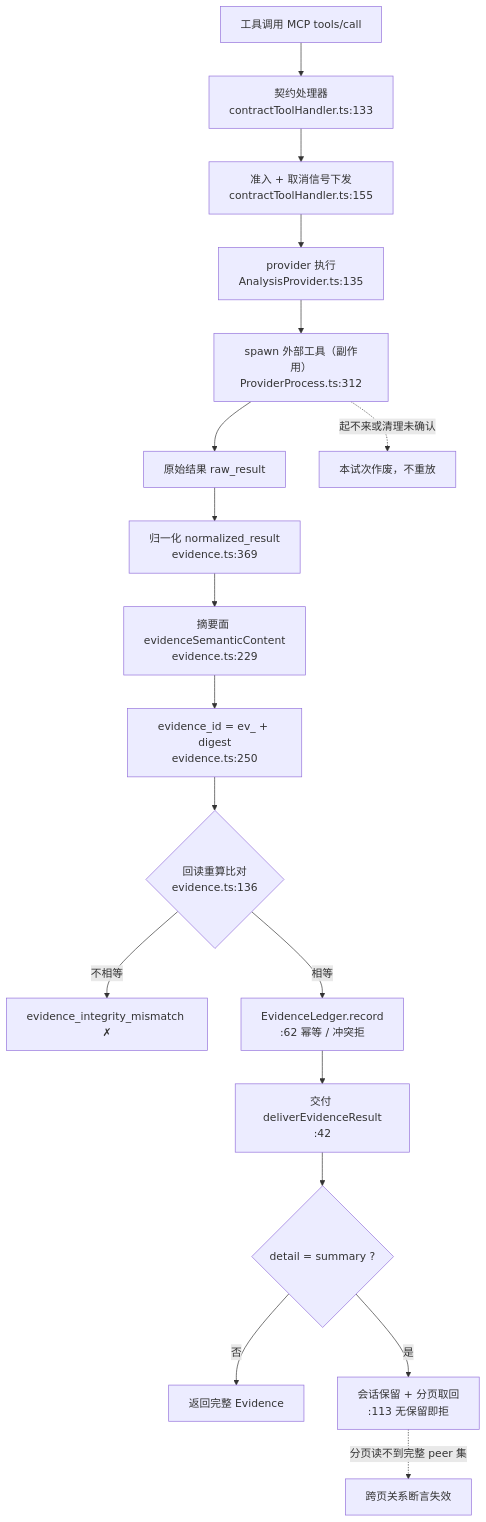
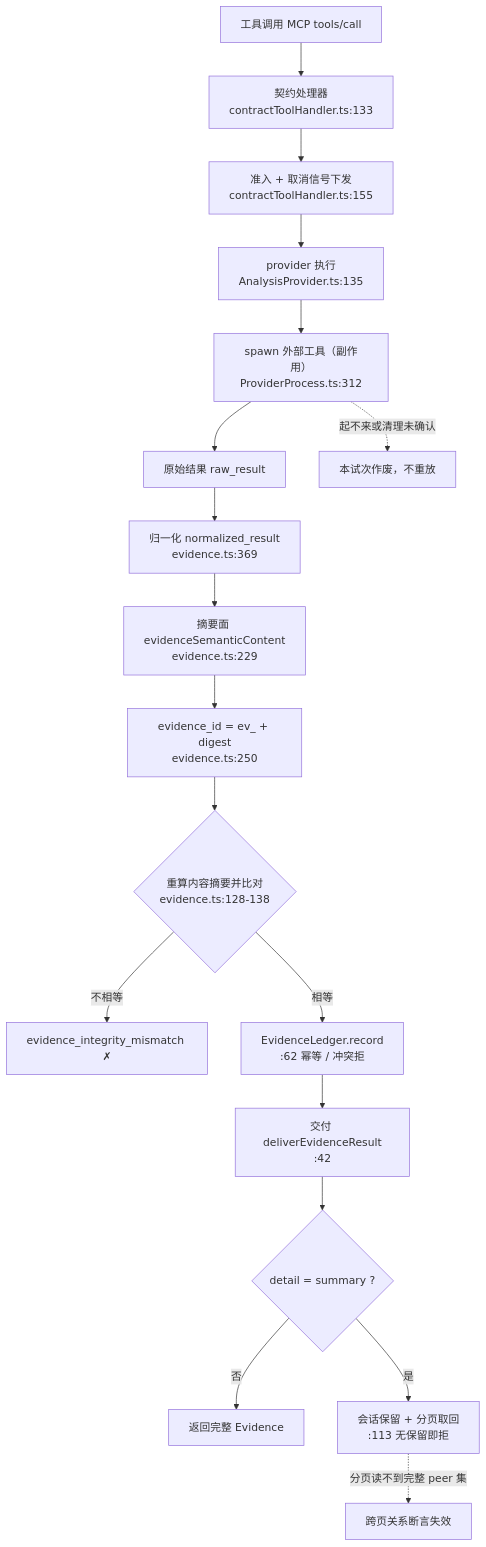
Before and after one commit to zhoucanzong/ResearchReport: the diagram in OpenSource/REA/report.md, drawn with Mermaid. The commit also changed other lines of this file and 26 other files, not shown here.

````diff
--- a/OpenSource/REA/report.md
+++ b/OpenSource/REA/report.md
@@ -39,20 +39,20 @@
 ```mermaid
 flowchart TD
   T["工具调用 MCP tools/call"] --> H["契约处理器<br/>contractToolHandler.ts:133"]
   H --> AD["准入 + 取消信号下发<br/>contractToolHandler.ts:155"]
   AD --> EX["provider 执行<br/>AnalysisProvider.ts:135"]
   EX --> SP["spawn 外部工具（副作用）<br/>ProviderProcess.ts:312"]
   SP --> RAW["原始结果 raw_result"]
   RAW --> NRM["归一化 normalized_result<br/>evidence.ts:369"]
   NRM --> SEM["摘要面 evidenceSemanticContent<br/>evidence.ts:229"]
   SEM --> ID["evidence_id = ev_ + digest<br/>evidence.ts:250"]
-  ID --> AUTH{"回读重算比对<br/>evidence.ts:136"}
+  ID --> AUTH{"重算内容摘要并比对<br/>evidence.ts:128-138"}
   AUTH -- 不相等 --> FAIL["evidence_integrity_mismatch ✗"]
   AUTH -- 相等 --> LED["EvidenceLedger.record<br/>:62 幂等 / 冲突拒"]
   LED --> DEL["交付 deliverEvidenceResult<br/>:42"]
   DEL --> SUM{"detail = summary ?"}
   SUM -- 否 --> OUT["返回完整 Evidence"]
   SUM -- 是 --> RET["会话保留 + 分页取回<br/>:113 无保留即拒"]
   SP -. 起不来或清理未确认 .-> BAD["本试次作废，不重放"]
   RET -. 分页读不到完整 peer 集 .-> PEER["跨页关系断言失效"]
 ```
````
